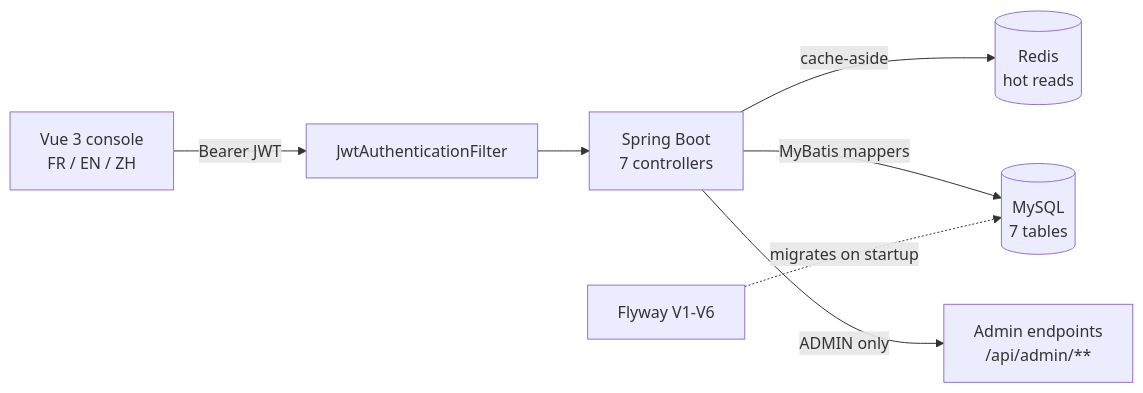
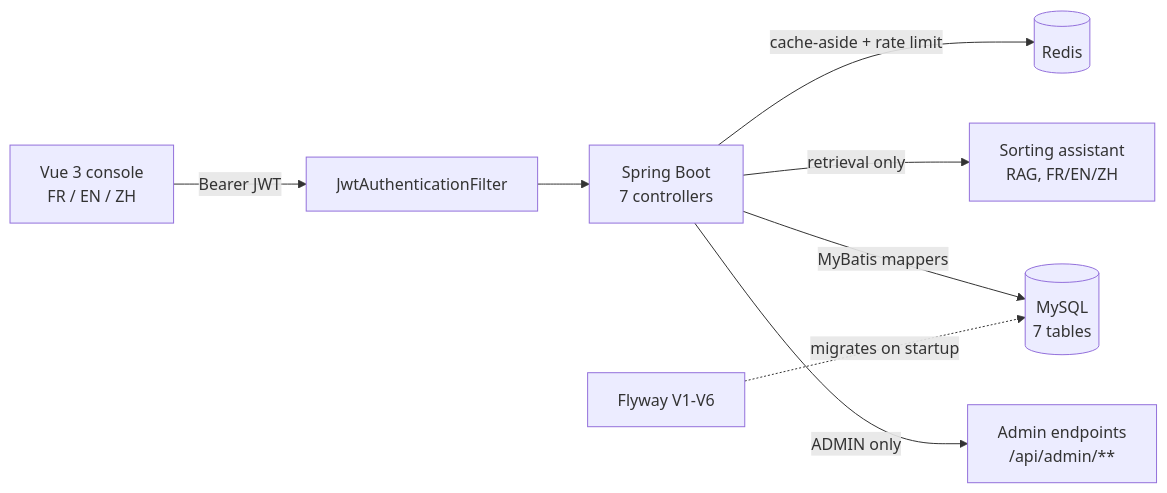
The diagram in README.md (kingmars2022/blainville-waste-sorting), drawn with Mermaid before and after one commit. The commit also changed other lines of this file and 10 other files, not shown here.

First line of the commit message:
feat: ask-a-question UI for the sorting assistant, and the measurements behind it

````diff
--- a/README.md
+++ b/README.md
@@ -8,9 +8,10 @@
 ```mermaid
 flowchart LR
     V["Vue 3 console<br/>FR / EN / ZH"] -->|"Bearer JWT"| F["JwtAuthenticationFilter"]
     F --> A["Spring Boot<br/>7 controllers"]
-    A -->|"cache-aside"| R[("Redis<br/>hot reads")]
+    A -->|"cache-aside + rate limit"| R[("Redis")]
+    A -->|"retrieval only"| AI["Sorting assistant<br/>RAG, FR/EN/ZH"]
     A -->|"MyBatis mappers"| D[("MySQL<br/>7 tables")]
     FW["Flyway V1-V6"] -.->|"migrates on startup"| D
     A -->|"ADMIN only"| ADM["Admin endpoints<br/>/api/admin/**"]
 ```
````
